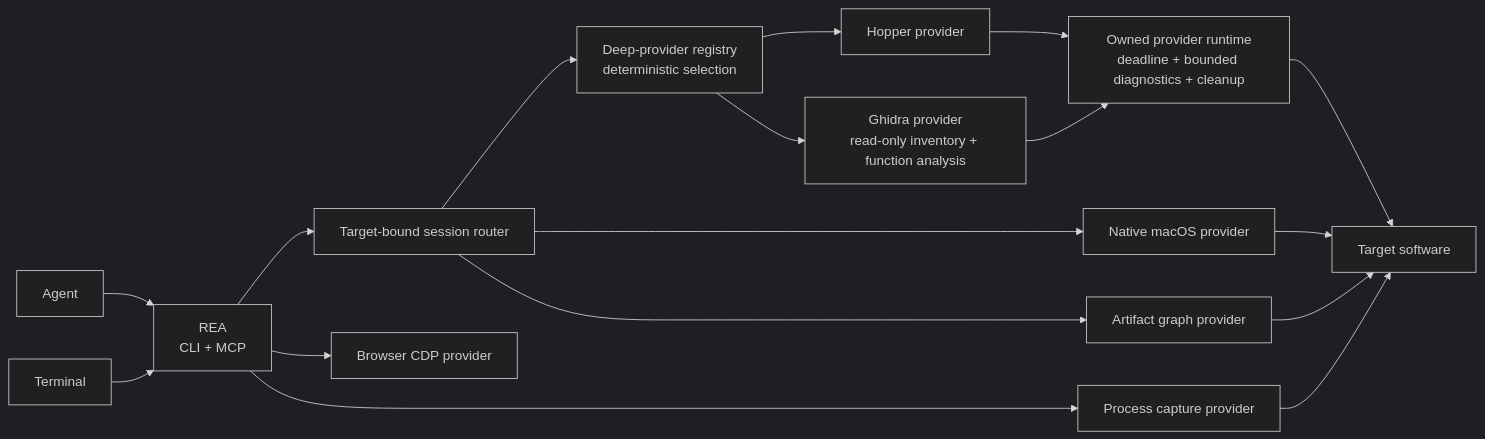
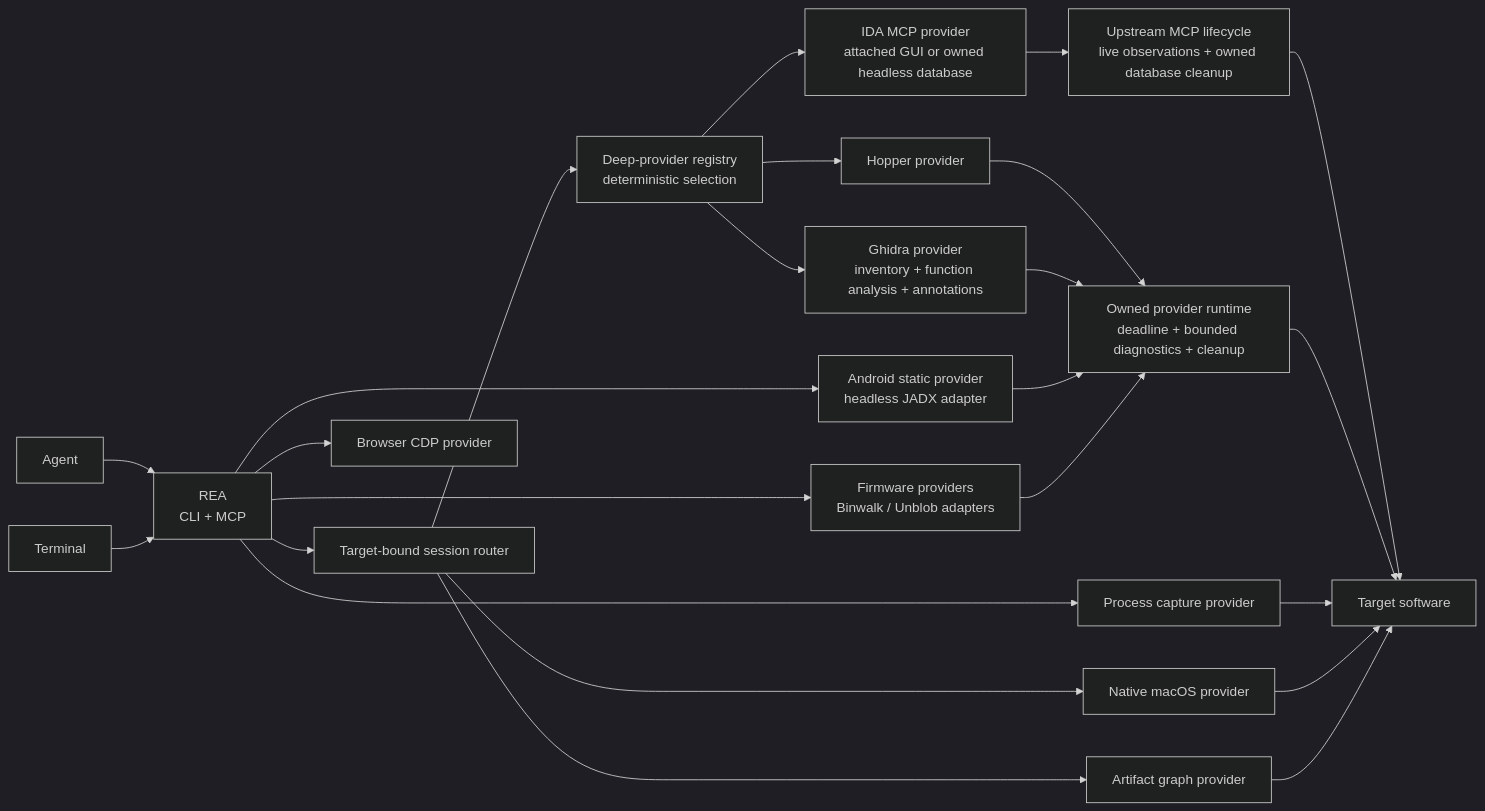
Before and after one commit to gabrielmoreira/agent-skills-mirror: the diagram in mirrors/repos/morluto@rea/README.md, drawn with Mermaid (dark theme). The commit also changed other lines of this file and 4369 other files, not shown here.

````diff
--- a/mirrors/repos/morluto@rea/README.md
+++ b/mirrors/repos/morluto@rea/README.md
@@ -447,19 +509,26 @@
 ```mermaid
 flowchart LR
     Agent["Agent"] --> REA["REA<br/>CLI + MCP"]
     Terminal --> REA
     REA --> Session["Target-bound session router"]
     Session --> Registry["Deep-provider registry<br/>deterministic selection"]
     Registry --> Hopper["Hopper provider"]
-    Registry --> Ghidra["Ghidra provider<br/>read-only inventory + function analysis"]
+    Registry --> Ghidra["Ghidra provider<br/>inventory + function analysis + annotations"]
+    Registry --> Ida["IDA MCP provider<br/>attached GUI or owned headless database"]
     Hopper --> Runtime["Owned provider runtime<br/>deadline + bounded diagnostics + cleanup"]
     Ghidra --> Runtime
+    Ida --> IdaRuntime["Upstream MCP lifecycle<br/>live observations + owned database cleanup"]
+    IdaRuntime --> Target
     Session --> Native["Native macOS provider"]
     Session --> Artifact["Artifact graph provider"]
     REA --> Browser["Browser CDP provider"]
+    REA --> Android["Android static provider<br/>headless JADX adapter"]
+    Android --> Runtime
+    REA --> Firmware["Firmware providers<br/>Binwalk / Unblob adapters"]
+    Firmware --> Runtime
     REA --> Process["Process capture provider"]
     Runtime --> Target["Target software"]
     Process --> Target
     Native --> Target
     Artifact --> Target
 ```
````
